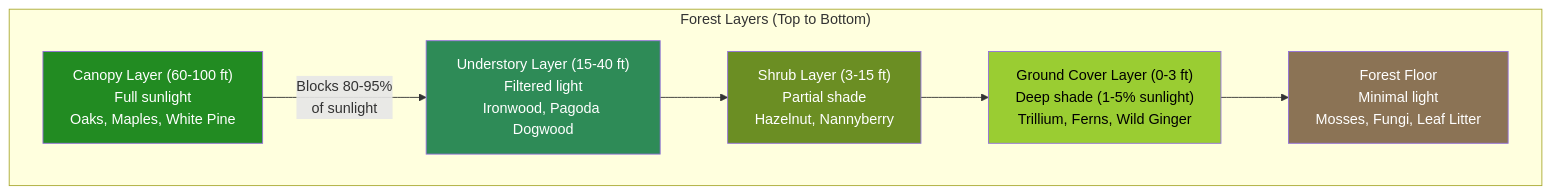
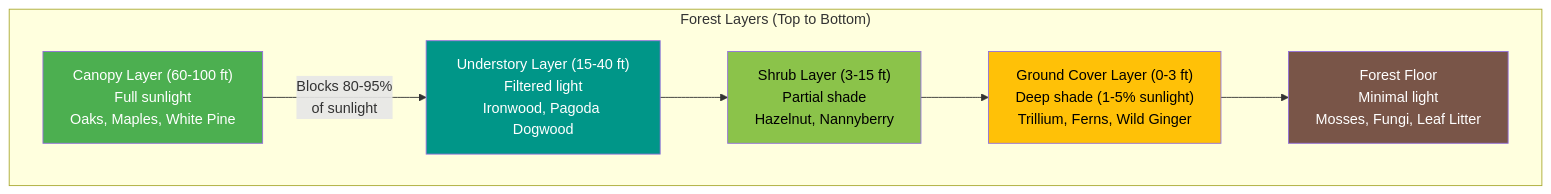
Before and after one commit to arunbatchu/minnesota-native-plants: the first of 2 diagrams in docs/chapters/04-woodland-forest-plants/index.md, drawn with Mermaid. The commit also changed other lines of this file and 10 other files, not shown here.

First line of the commit message:
Fix Mermaid diagram colors for accessibility — high contrast palette

````diff
--- a/docs/chapters/04-woodland-forest-plants/index.md
+++ b/docs/chapters/04-woodland-forest-plants/index.md
@@ -43,21 +43,21 @@
 ```mermaid
 flowchart TD
     subgraph forest["Forest Layers (Top to Bottom)"]
         CAN["Canopy Layer (60-100 ft)<br/>Full sunlight<br/>Oaks, Maples, White Pine"]
         UND["Understory Layer (15-40 ft)<br/>Filtered light<br/>Ironwood, Pagoda Dogwood"]
         SHR["Shrub Layer (3-15 ft)<br/>Partial shade<br/>Hazelnut, Nannyberry"]
         GRD["Ground Cover Layer (0-3 ft)<br/>Deep shade (1-5% sunlight)<br/>Trillium, Ferns, Wild Ginger"]
         FLR["Forest Floor<br/>Minimal light<br/>Mosses, Fungi, Leaf Litter"]
     end
 
     CAN -->|"Blocks 80-95%<br/>of sunlight"| UND
     UND --> SHR
     SHR --> GRD
     GRD --> FLR
 
-    style CAN fill:#228B22,color:#fff
-    style UND fill:#2E8B57,color:#fff
-    style SHR fill:#6B8E23,color:#fff
-    style GRD fill:#9ACD32,color:#000
-    style FLR fill:#8B7355,color:#fff
+    style CAN fill:#4CAF50,color:#fff
+    style UND fill:#009688,color:#fff
+    style SHR fill:#8BC34A,color:#000
+    style GRD fill:#FFC107,color:#000
+    style FLR fill:#795548,color:#fff
 ```
````
